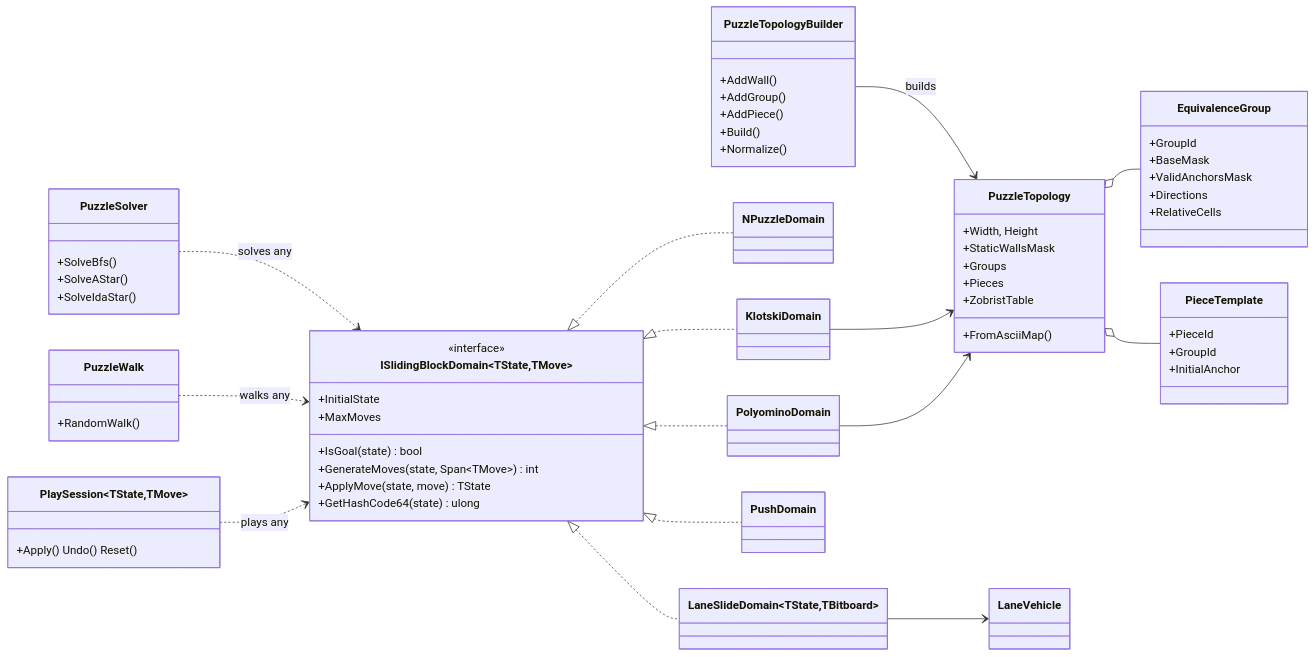
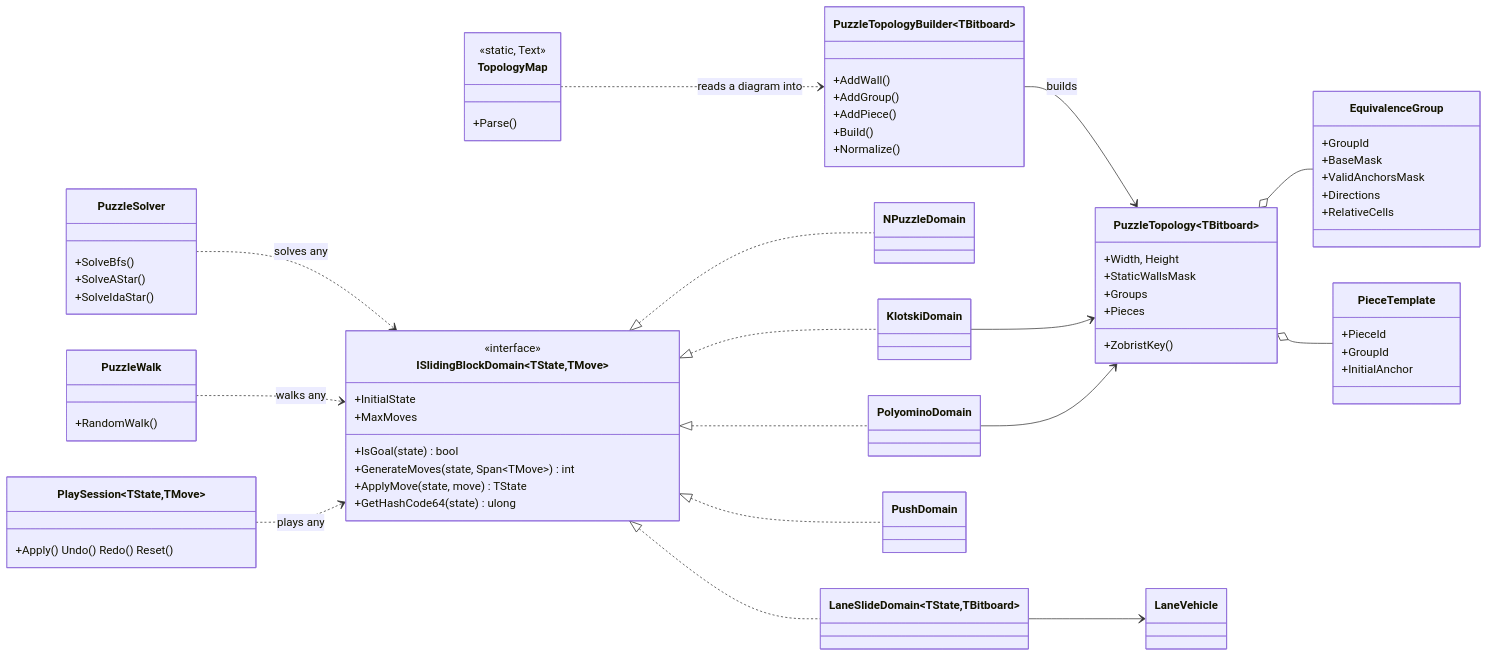
One commit to th3snark/E2e4.SlidingBlock.Logic changed the first of 3 diagrams in docs/05-object-model.md. Above: the diagram before and after it, drawn with Mermaid. The commit also changed other lines of this file and 16 other files, not shown here.

First line of the commit message:
Prepare the repository for publication: docs, changelog, contributing guide, roadmap

````diff
--- a/docs/05-object-model.md
+++ b/docs/05-object-model.md
@@ -8,65 +8,69 @@
 ```mermaid
 classDiagram
     direction LR
     class ISlidingBlockDomain~TState,TMove~ {
         <<interface>>
         +InitialState
         +MaxMoves
         +IsGoal(state) bool
         +GenerateMoves(state, Span~TMove~) int
         +ApplyMove(state, move) TState
         +GetHashCode64(state) ulong
     }
     class PuzzleSolver {
         +SolveBfs()
         +SolveAStar()
         +SolveIdaStar()
     }
     class PuzzleWalk {
         +RandomWalk()
     }
     class PlaySession~TState,TMove~ {
-        +Apply() Undo() Reset()
+        +Apply() Undo() Redo() Reset()
     }
-    class PuzzleTopology {
+    class PuzzleTopology~TBitboard~ {
         +Width, Height
         +StaticWallsMask
         +Groups
         +Pieces
-        +ZobristTable
-        +FromAsciiMap()
+        +ZobristKey()
     }
-    class PuzzleTopologyBuilder {
+    class TopologyMap {
+        <<static, Text>>
+        +Parse()
+    }
+    class PuzzleTopologyBuilder~TBitboard~ {
         +AddWall()
         +AddGroup()
         +AddPiece()
         +Build()
         +Normalize()
     }
     class EquivalenceGroup {
         +GroupId
         +BaseMask
         +ValidAnchorsMask
         +Directions
         +RelativeCells
     }
     class PieceTemplate {
         +PieceId
         +GroupId
         +InitialAnchor
     }
     PuzzleTopologyBuilder --> PuzzleTopology : builds
+    TopologyMap ..> PuzzleTopologyBuilder : reads a diagram into
     PuzzleTopology o-- EquivalenceGroup
     PuzzleTopology o-- PieceTemplate
     PuzzleSolver ..> ISlidingBlockDomain : solves any
     PuzzleWalk ..> ISlidingBlockDomain : walks any
     PlaySession ..> ISlidingBlockDomain : plays any
     ISlidingBlockDomain <|.. NPuzzleDomain
     ISlidingBlockDomain <|.. KlotskiDomain
     ISlidingBlockDomain <|.. LaneSlideDomain~TState,TBitboard~
     ISlidingBlockDomain <|.. PushDomain
     ISlidingBlockDomain <|.. PolyominoDomain
     KlotskiDomain --> PuzzleTopology
     PolyominoDomain --> PuzzleTopology
     LaneSlideDomain~TState,TBitboard~ --> LaneVehicle
 ```
````
